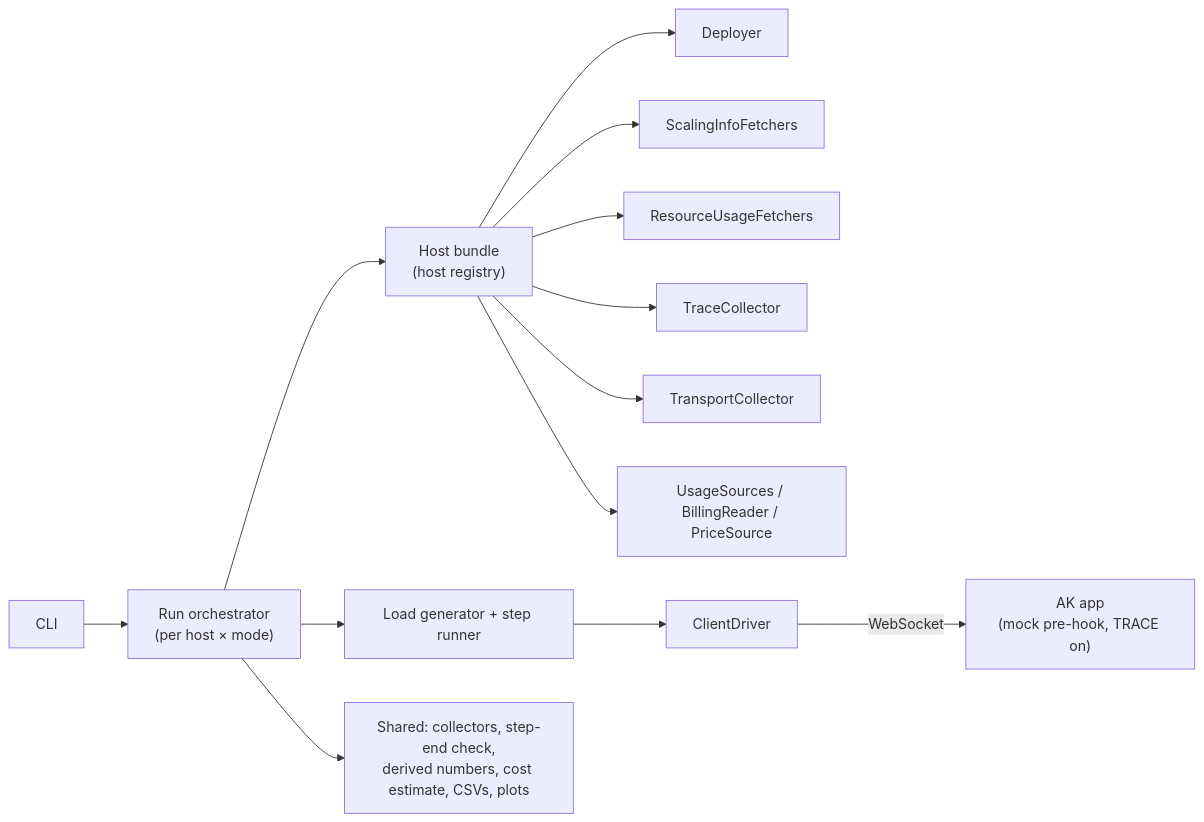
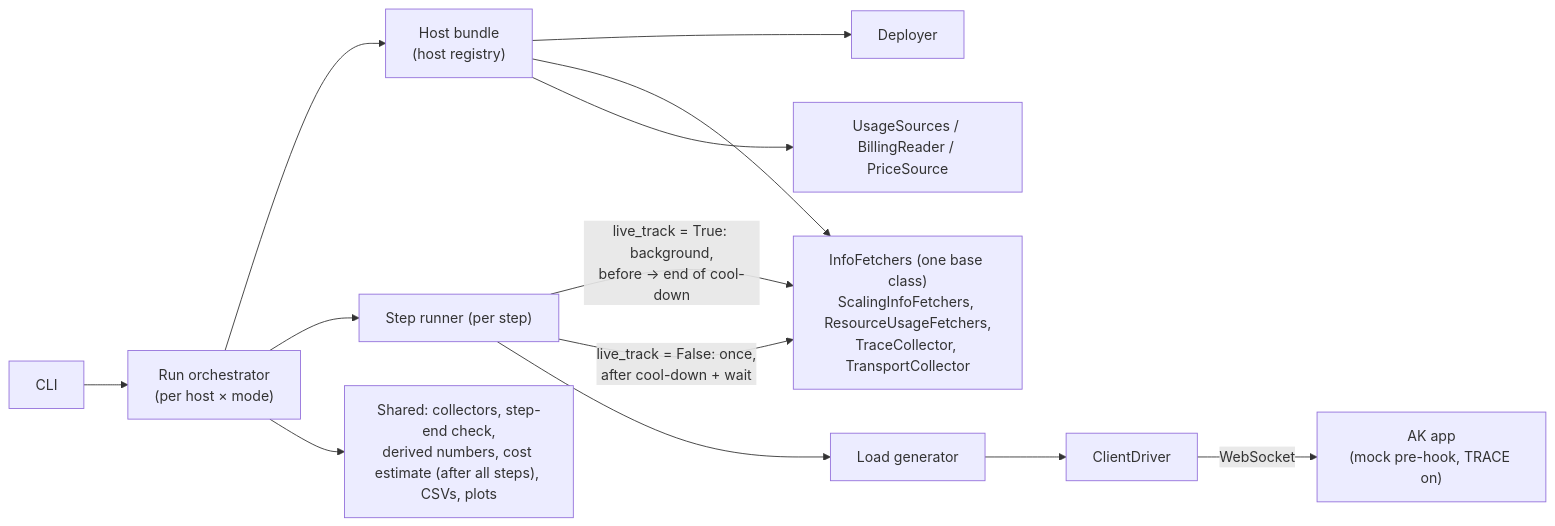
One commit to yaalalabs/agent-kernel changed the first of 2 diagrams in docs/specs/786-benchmark-system/design.md. Above: the diagram before and after it, drawn with Mermaid. The commit also changed other lines of this file and 3 other files, not shown here.

Commit message:
Design flow updates

````diff
--- a/docs/specs/786-benchmark-system/design.md
+++ b/docs/specs/786-benchmark-system/design.md
@@ -123,15 +362,15 @@
 ```mermaid
 graph LR
     CLI["CLI"] --> ORCH["Run orchestrator<br/>(per host × mode)"]
     ORCH --> HOST["Host bundle<br/>(host registry)"]
     HOST --> DEP["Deployer"]
-    HOST --> SF["ScalingInfoFetchers"]
-    HOST --> RF["ResourceUsageFetchers"]
-    HOST --> TC["TraceCollector"]
-    HOST --> TR["TransportCollector"]
+    HOST --> IF["InfoFetchers (one base class)<br/>ScalingInfoFetchers, ResourceUsageFetchers,<br/>TraceCollector, TransportCollector"]
     HOST --> COST["UsageSources / BillingReader / PriceSource"]
-    ORCH --> LG["Load generator + step runner"]
+    ORCH --> SR["Step runner (per step)"]
+    SR -->|"live_track = True: background,<br/>before → end of cool-down"| IF
+    SR -->|"live_track = False: once,<br/>after cool-down + wait"| IF
+    SR --> LG["Load generator"]
     LG --> DRV["ClientDriver"]
     DRV -->|WebSocket| AK["AK app<br/>(mock pre-hook, TRACE on)"]
-    ORCH --> SHARED["Shared: collectors, step-end check,<br/>derived numbers, cost estimate, CSVs, plots"]
+    ORCH --> SHARED["Shared: collectors, step-end check,<br/>derived numbers, cost estimate (after all steps), CSVs, plots"]
 ```
````
